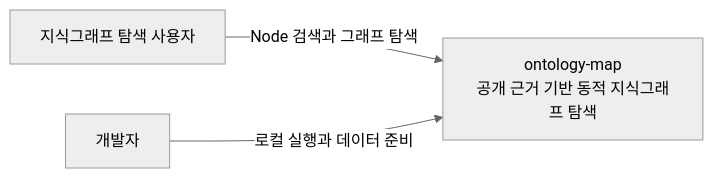
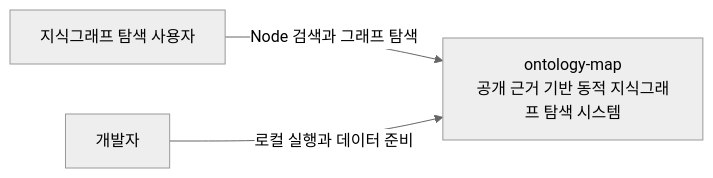
One commit to studylida/ontology-map changed the first of 4 diagrams in docs/architecture/README.md. Above: the diagram before and after it, drawn with Mermaid (neutral theme).

Commit message:
docs: C4 시스템 컨텍스트 설명 문구 보정

````diff
--- a/docs/architecture/README.md
+++ b/docs/architecture/README.md
@@ -21,8 +21,8 @@
 ```mermaid
 flowchart LR
     User[지식그래프 탐색 사용자]
     Developer[개발자]
-    System[ontology-map<br/>공개 근거 기반 동적 지식그래프 탐색]
+    System[ontology-map<br/>공개 근거 기반 동적 지식그래프 탐색 시스템]
     User -->|Node 검색과 그래프 탐색| System
     Developer -->|로컬 실행과 데이터 준비| System
 ```
````
